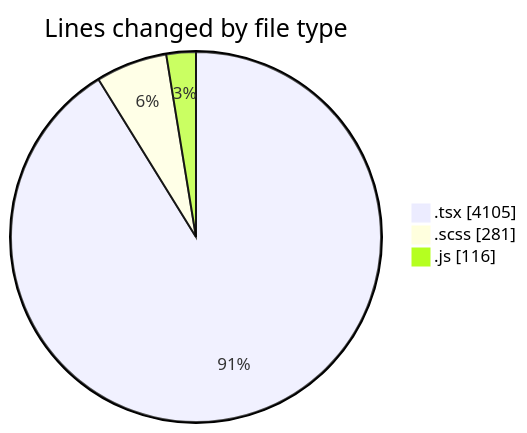
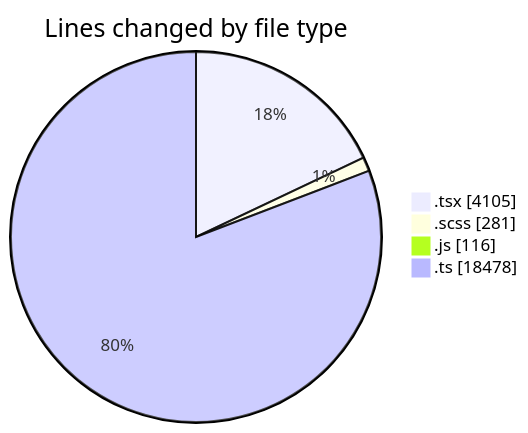
Before and after one commit to momahboobian/code-tracking: the first of 2 diagrams in 2025-11-11/cda/README.md, drawn with Mermaid. The commit also changed other lines of this file and 1 other file, not shown here.

````diff
--- a/2025-11-11/cda/README.md
+++ b/2025-11-11/cda/README.md
@@ -28,7 +31,8 @@
 ```mermaid
 pie showData
 title Lines changed by file type
 ".tsx" : 4105
 ".scss" : 281
 ".js" : 116
+".ts" : 18478
 ```
````
